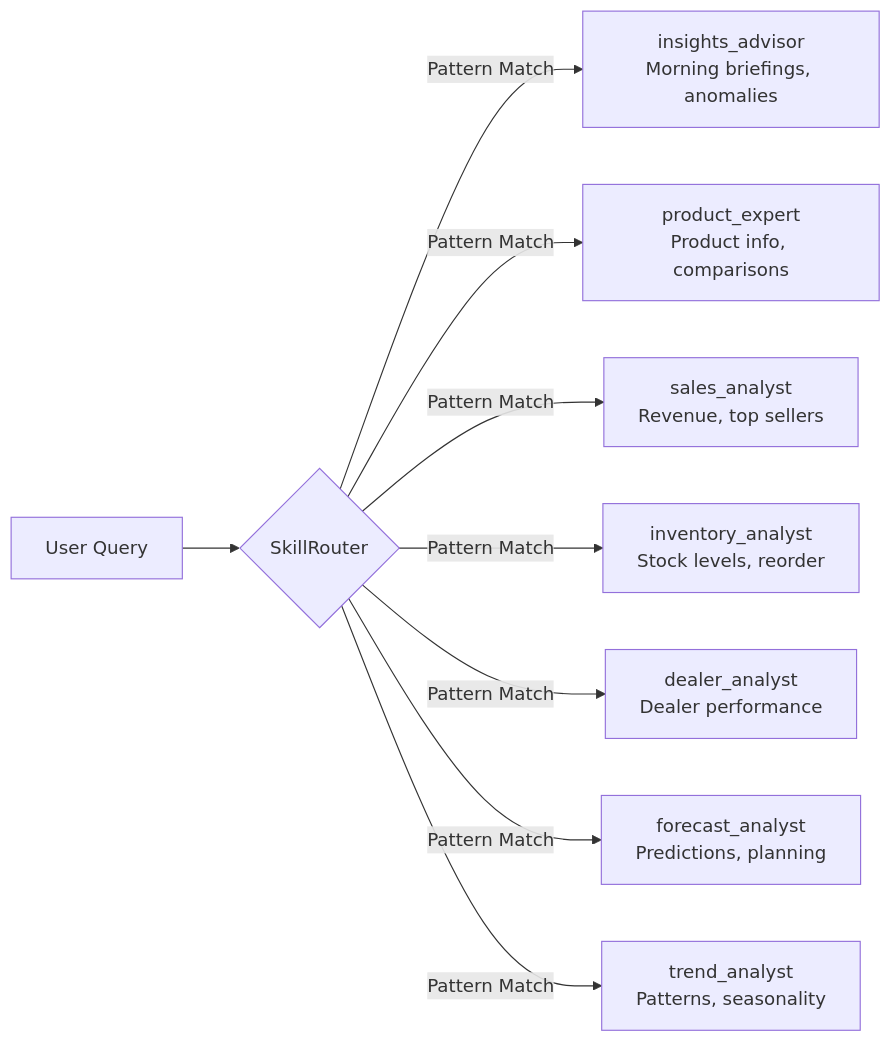
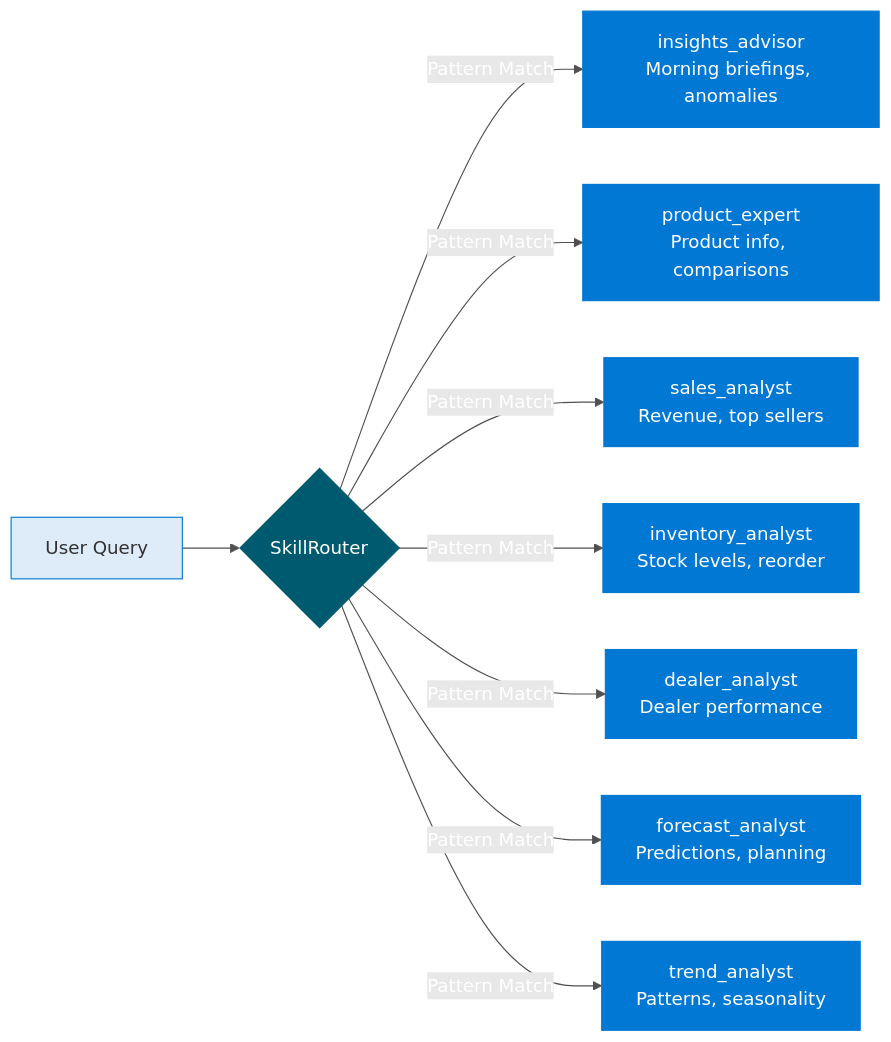
Before and after one commit to blanskiy/stihl-agent-ui: the fourth of 5 diagrams in README.md, drawn with Mermaid. The commit also changed other lines of this file, not shown here.

First line of the commit message:
Revise diagrams and update last modified date

````diff
--- a/README.md
+++ b/README.md
@@ -240,11 +298,22 @@
 ```mermaid
+%%{init: {'theme': 'base', 'themeVariables': { 'primaryColor': '#0078D4', 'primaryTextColor': '#ffffff', 'primaryBorderColor': '#0078D4', 'lineColor': '#505050', 'secondaryColor': '#E8E8E8', 'tertiaryColor': '#F3F2F1', 'fontFamily': 'Segoe UI, sans-serif'}}}%%
 flowchart LR
     Query[User Query] --> Router{SkillRouter}
     Router -->|Pattern Match| S1[insights_advisor<br/>Morning briefings, anomalies]
     Router -->|Pattern Match| S2[product_expert<br/>Product info, comparisons]
     Router -->|Pattern Match| S3[sales_analyst<br/>Revenue, top sellers]
     Router -->|Pattern Match| S4[inventory_analyst<br/>Stock levels, reorder]
     Router -->|Pattern Match| S5[dealer_analyst<br/>Dealer performance]
     Router -->|Pattern Match| S6[forecast_analyst<br/>Predictions, planning]
     Router -->|Pattern Match| S7[trend_analyst<br/>Patterns, seasonality]
+
+    style Query fill:#DEECF9,stroke:#0078D4,stroke-width:1px,color:#323130
+    style Router fill:#005A6F,stroke:#005A6F,stroke-width:1px,color:#ffffff
+    style S1 fill:#0078D4,stroke:#0078D4,stroke-width:1px,color:#ffffff
+    style S2 fill:#0078D4,stroke:#0078D4,stroke-width:1px,color:#ffffff
+    style S3 fill:#0078D4,stroke:#0078D4,stroke-width:1px,color:#ffffff
+    style S4 fill:#0078D4,stroke:#0078D4,stroke-width:1px,color:#ffffff
+    style S5 fill:#0078D4,stroke:#0078D4,stroke-width:1px,color:#ffffff
+    style S6 fill:#0078D4,stroke:#0078D4,stroke-width:1px,color:#ffffff
+    style S7 fill:#0078D4,stroke:#0078D4,stroke-width:1px,color:#ffffff
 ```
````
